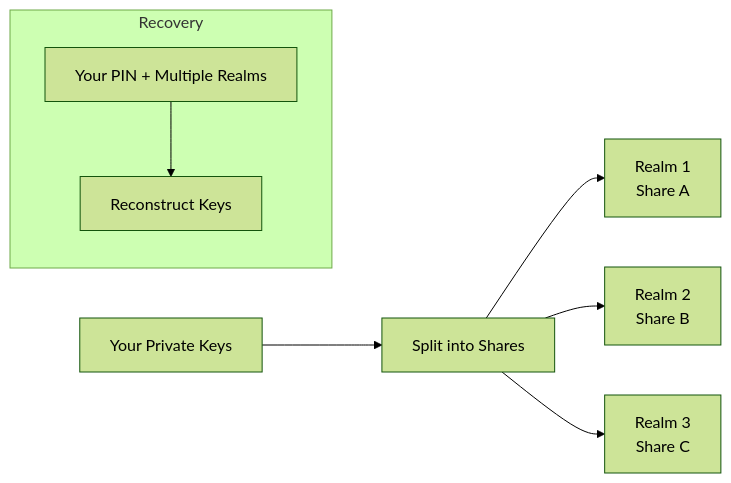
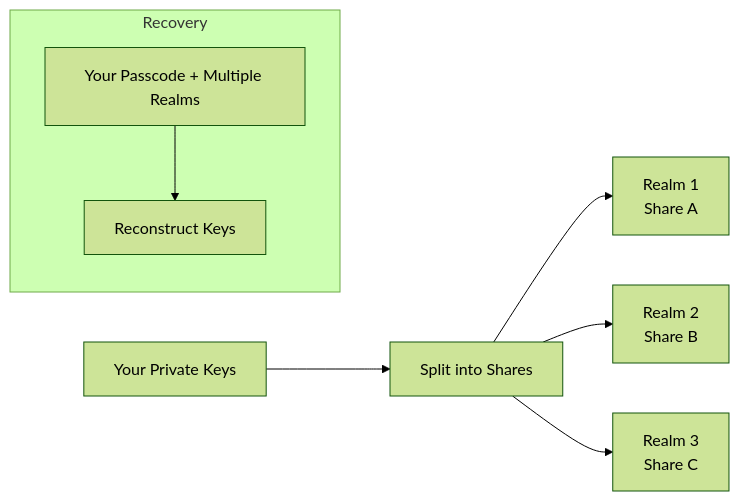
One commit to xdevplatform/docs changed the second of 2 diagrams in es/xchat/cryptography-primer.mdx. Above: the diagram before and after it, drawn with Mermaid (forest theme). The commit also changed other lines of this file and 34 other files, not shown here.

````diff
--- a/es/xchat/cryptography-primer.mdx
+++ b/es/xchat/cryptography-primer.mdx
@@ -189,11 +189,11 @@
 ```mermaid
 flowchart LR
     A[Your Private Keys] --> B[Split into Shares]
     B --> C[Realm 1<br/>Share A]
     B --> D[Realm 2<br/>Share B]
     B --> E[Realm 3<br/>Share C]
     
     subgraph Recovery
-        F[Your PIN + Multiple Realms] --> G[Reconstruct Keys]
+        F[Your Passcode + Multiple Realms] --> G[Reconstruct Keys]
     end
 ```
````
